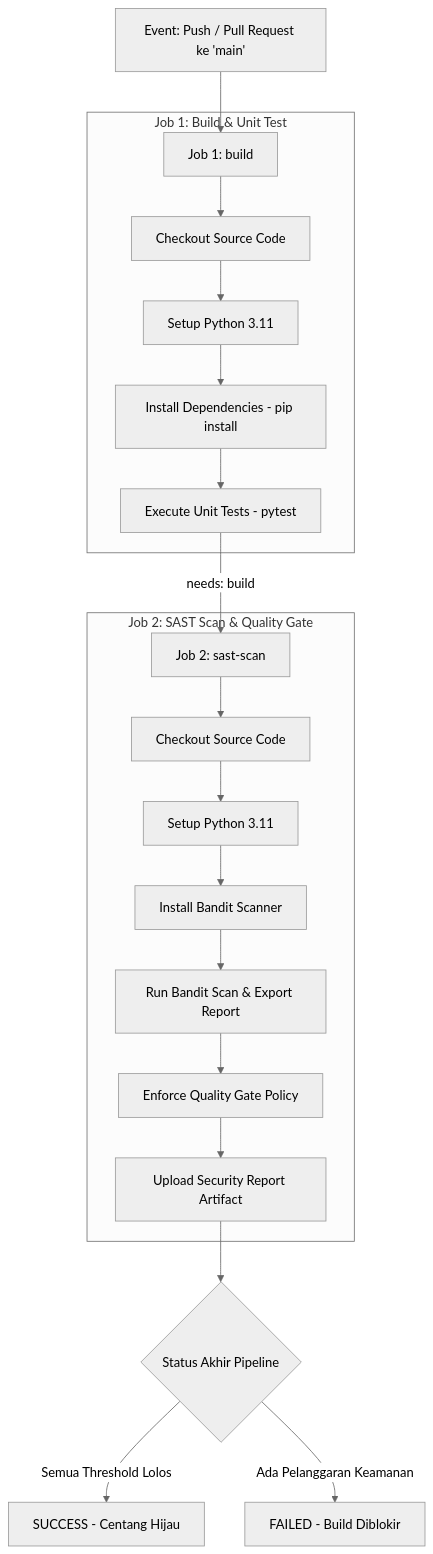
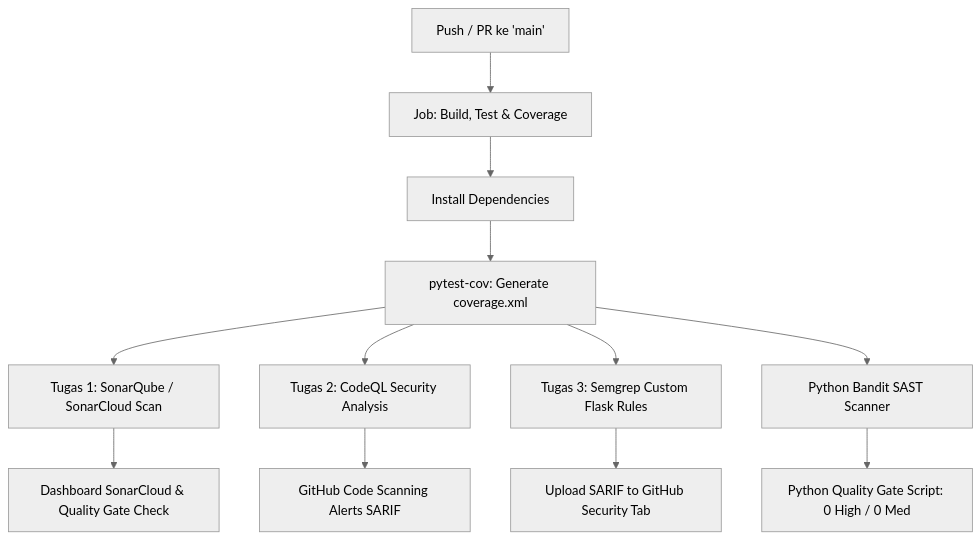
One commit to dhiopattyalexander/devsecops-p5-0110225006 changed the diagram in README.md. Above: the diagram before and after it, drawn with Mermaid (neutral theme). The commit also changed other lines of this file and 6 other files, not shown here.

Commit message:
feat: implement multi-tool SAST pipeline with SonarQube, CodeQL, and Semgrep

````diff
--- a/README.md
+++ b/README.md
@@ -132,22 +29,16 @@
 ```mermaid
 graph TD
-    A[Event: Push / Pull Request ke 'main'] --> B[Job 1: build]
-    subgraph Job 1: Build & Unit Test
-        B --> B1[Checkout Source Code]
-        B1 --> B2[Setup Python 3.11]
-        B2 --> B3[Install Dependencies - pip install]
-        B3 --> B4[Execute Unit Tests - pytest]
-    end
-    B4 -->|needs: build| C[Job 2: sast-scan]
-    subgraph Job 2: SAST Scan & Quality Gate
-        C --> C1[Checkout Source Code]
-        C1 --> C2[Setup Python 3.11]
-        C2 --> C3[Install Bandit Scanner]
-        C3 --> C4[Run Bandit Scan & Export Report]
-        C4 --> C5[Enforce Quality Gate Policy]
-        C5 --> C6[Upload Security Report Artifact]
-    end
-    C6 --> D{Status Akhir Pipeline}
-    D -->|Semua Threshold Lolos| E[SUCCESS - Centang Hijau]
-    D -->|Ada Pelanggaran Keamanan| F[FAILED - Build Diblokir]
+    A[Push / PR ke 'main'] --> B[Job: Build, Test & Coverage]
+    B --> B1[Install Dependencies]
+    B1 --> B2[pytest-cov: Generate coverage.xml]
+    
+    B2 --> C[Tugas 1: SonarQube / SonarCloud Scan]
+    B2 --> D[Tugas 2: CodeQL Security Analysis]
+    B2 --> E[Tugas 3: Semgrep Custom Flask Rules]
+    B2 --> F[Python Bandit SAST Scanner]
+
+    C --> C1[Dashboard SonarCloud & Quality Gate Check]
+    D --> D1[GitHub Code Scanning Alerts SARIF]
+    E --> E1[Upload SARIF to GitHub Security Tab]
+    F --> F1[Python Quality Gate Script: 0 High / 0 Med]
 ```
````
